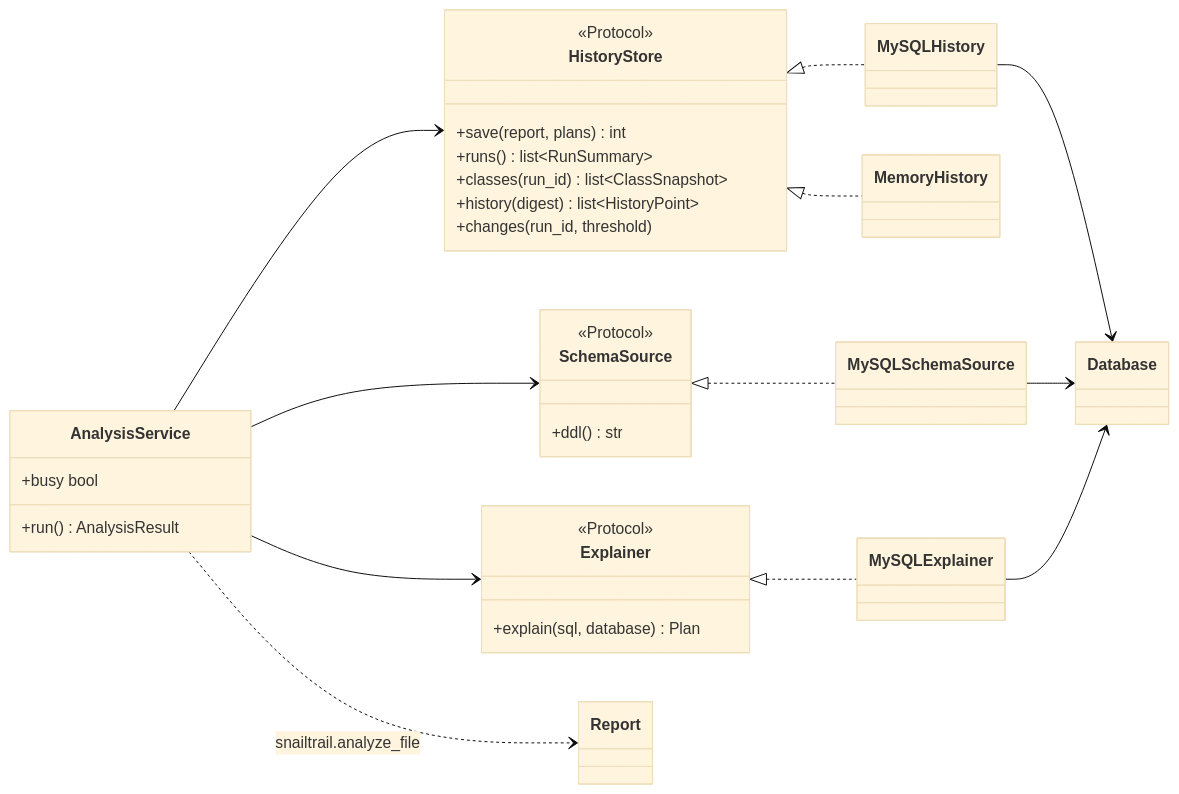
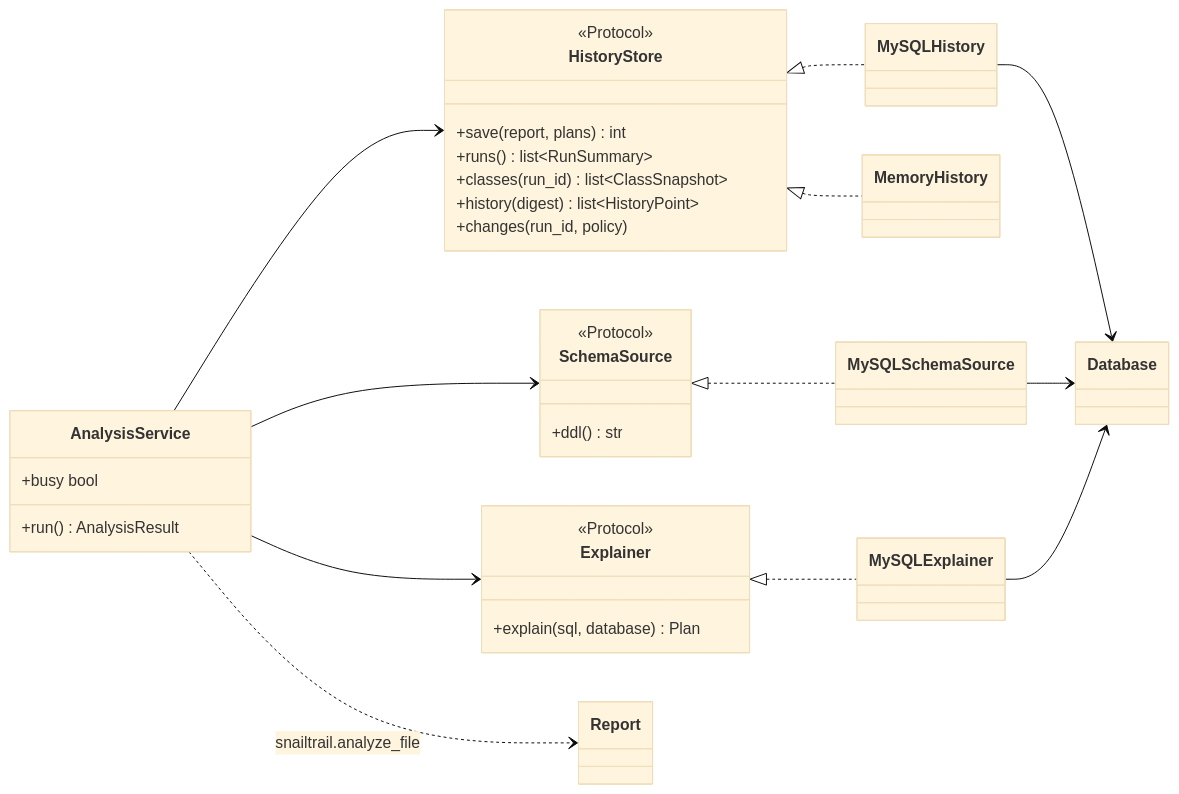
The first of 2 diagrams in python/snailtrail/dashboard/README.md (WaynerMoraes12/snailtrail), drawn with Mermaid (base theme) before and after one commit. The commit also changed 7 other files, not shown here.

````diff
--- a/python/snailtrail/dashboard/README.md
+++ b/python/snailtrail/dashboard/README.md
@@ -33,35 +33,35 @@
 ```mermaid
 classDiagram
     direction LR
     class AnalysisService {
         +run() AnalysisResult
         +busy bool
     }
     class HistoryStore {
         <<Protocol>>
         +save(report, plans) int
         +runs() list~RunSummary~
         +classes(run_id) list~ClassSnapshot~
         +history(digest) list~HistoryPoint~
-        +changes(run_id, threshold)
+        +changes(run_id, policy)
     }
     class SchemaSource {
         <<Protocol>>
         +ddl() str
     }
     class Explainer {
         <<Protocol>>
         +explain(sql, database) Plan
     }
     HistoryStore <|.. MySQLHistory
     HistoryStore <|.. MemoryHistory
     SchemaSource <|.. MySQLSchemaSource
     Explainer <|.. MySQLExplainer
     AnalysisService --> HistoryStore
     AnalysisService --> SchemaSource
     AnalysisService --> Explainer
     AnalysisService ..> Report : snailtrail.analyze_file
     MySQLHistory --> Database
     MySQLSchemaSource --> Database
     MySQLExplainer --> Database
 ```
````
